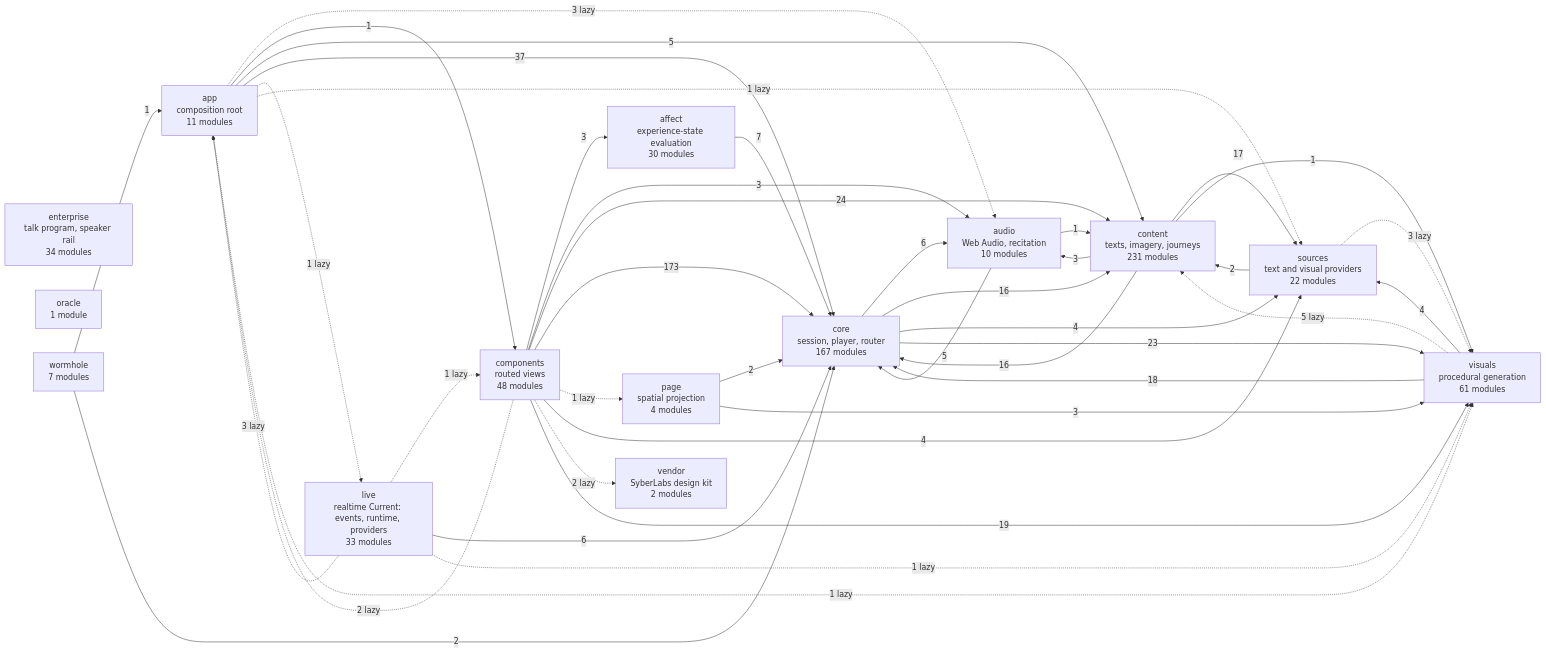
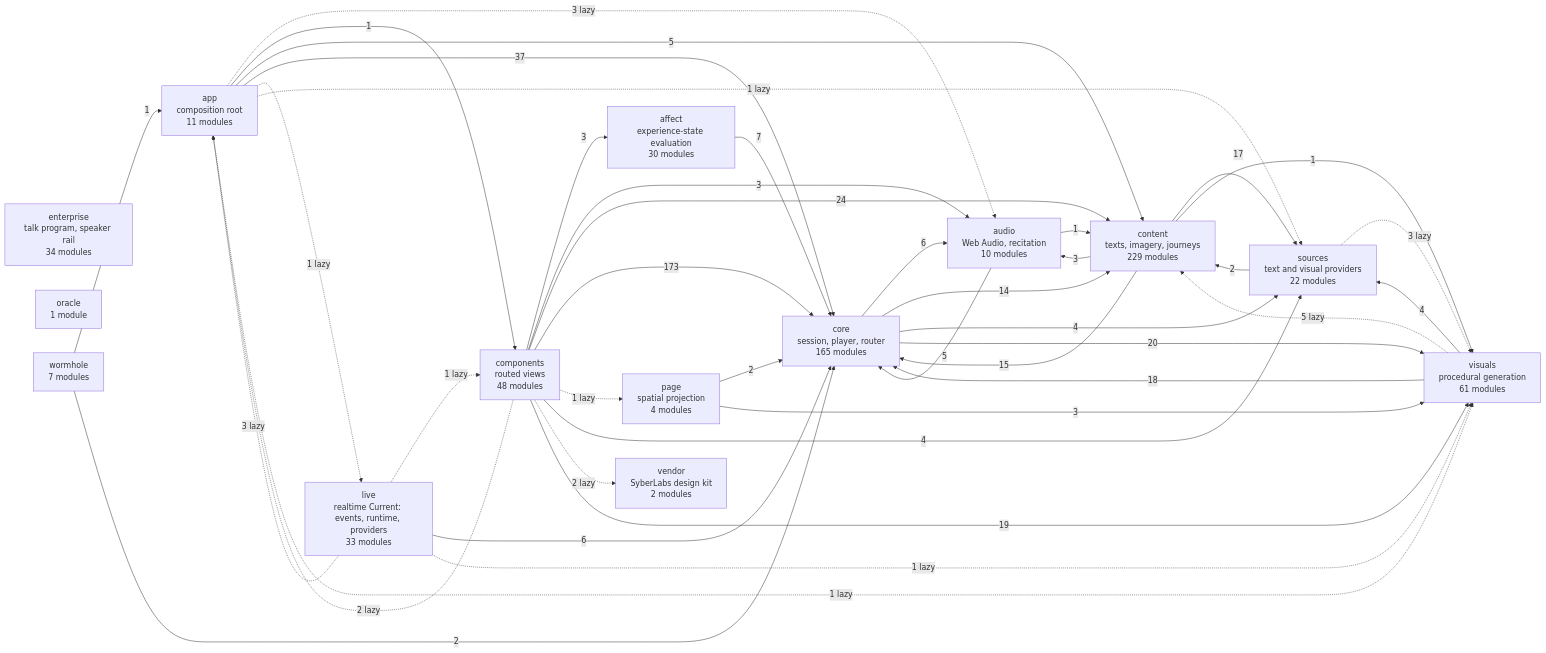
The diagram in docs/specs/ARCHITECTURE.md (SyberLabs/RISE), drawn with Mermaid before and after one commit. The commit also changed 10 other files, not shown here.

````diff
--- a/docs/specs/ARCHITECTURE.md
+++ b/docs/specs/ARCHITECTURE.md
@@ -160,58 +160,58 @@
 ```mermaid
 flowchart LR
     affect["affect<br/>experience-state evaluation<br/>30 modules"]
     app["app<br/>composition root<br/>11 modules"]
     audio["audio<br/>Web Audio, recitation<br/>10 modules"]
     components["components<br/>routed views<br/>48 modules"]
-    content["content<br/>texts, imagery, journeys<br/>231 modules"]
-    core["core<br/>session, player, router<br/>167 modules"]
+    content["content<br/>texts, imagery, journeys<br/>229 modules"]
+    core["core<br/>session, player, router<br/>165 modules"]
     enterprise["enterprise<br/>talk program, speaker rail<br/>34 modules"]
     live["live<br/>realtime Current: events, runtime, providers<br/>33 modules"]
     oracle["oracle<br/>1 module"]
     page["page<br/>spatial projection<br/>4 modules"]
     sources["sources<br/>text and visual providers<br/>22 modules"]
     vendor["vendor<br/>SyberLabs design kit<br/>2 modules"]
     visuals["visuals<br/>procedural generation<br/>61 modules"]
     wormhole["wormhole<br/>7 modules"]
 
     affect --> |7| core
     app -.-> |3 lazy| audio
     app --> |1| components
     app --> |5| content
     app --> |37| core
     app -.-> |1 lazy| live
     app -.-> |1 lazy| sources
     app -.-> |1 lazy| visuals
     audio --> |1| content
     audio --> |5| core
     components --> |3| affect
     components -.-> |2 lazy| app
     components --> |3| audio
     components --> |24| content
     components --> |173| core
     components -.-> |1 lazy| page
     components --> |4| sources
     components -.-> |2 lazy| vendor
     components --> |19| visuals
     content --> |3| audio
-    content --> |16| core
+    content --> |15| core
     content --> |17| sources
     content --> |1| visuals
     core --> |6| audio
-    core --> |16| content
+    core --> |14| content
     core --> |4| sources
-    core --> |23| visuals
+    core --> |20| visuals
     live -.-> |3 lazy| app
     live -.-> |1 lazy| components
     live --> |6| core
     live -.-> |1 lazy| visuals
     page --> |2| core
     page --> |3| visuals
     sources --> |2| content
     sources -.-> |3 lazy| visuals
     visuals -.-> |5 lazy| content
     visuals --> |18| core
     visuals --> |4| sources
     wormhole --> |1| app
     wormhole --> |2| core
 ```
````
